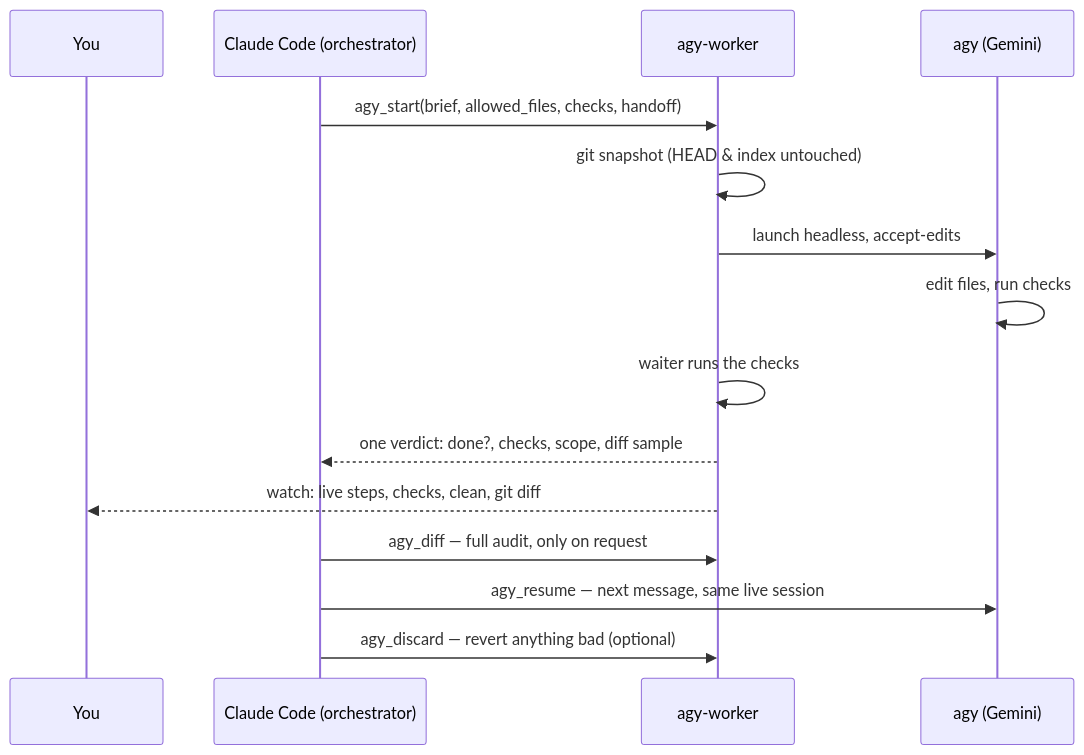
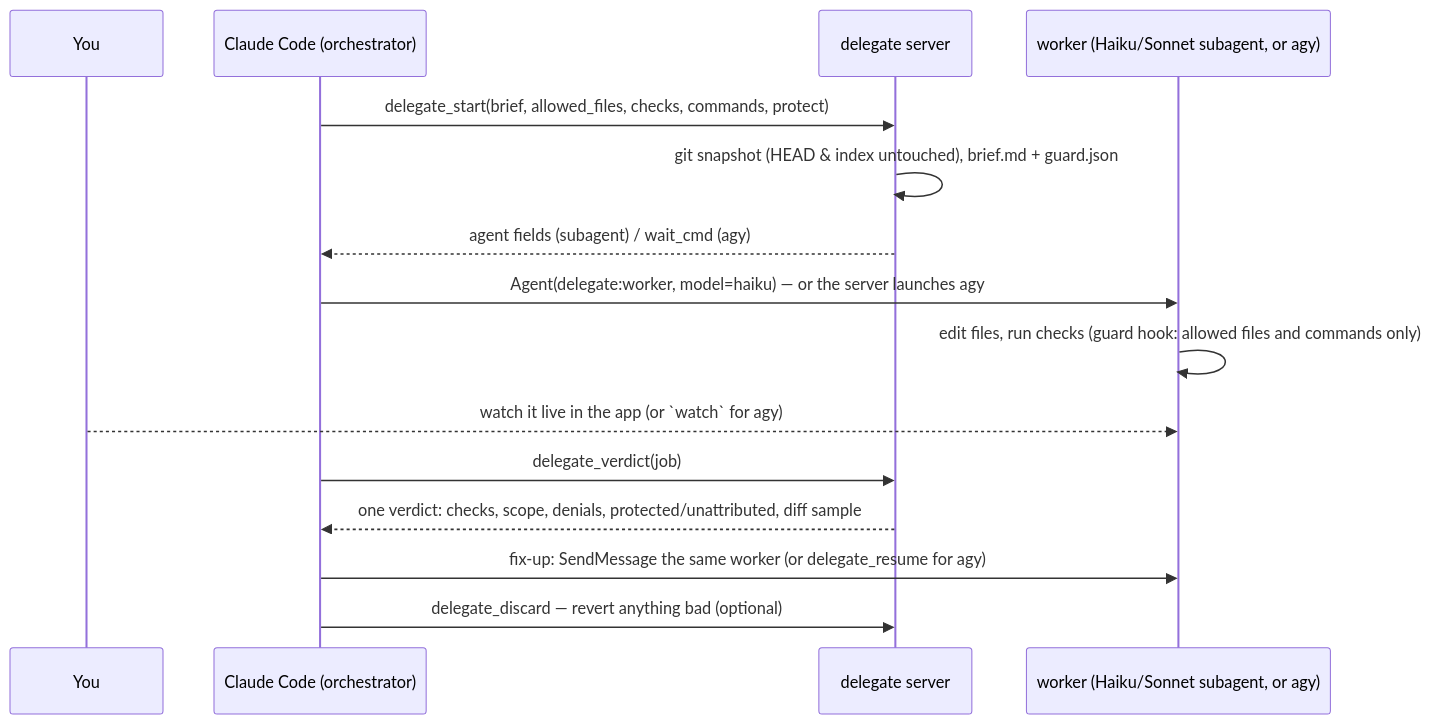
One commit to Pranavraut033/claude-code-agy-worker changed the diagram in README.md. Above: the diagram before and after it, drawn with Mermaid. The commit also changed other lines of this file and 14 other files, not shown here.

First line of the commit message:
v0.6.0: rename to delegate; Claude Code subagent workers (Haiku/Sonnet) as the default backend

````diff
--- a/README.md
+++ b/README.md
@@ -21,17 +21,17 @@
 ```mermaid
 sequenceDiagram
     participant You
     participant Claude as Claude Code (orchestrator)
-    participant W as agy-worker
-    participant A as agy (Gemini)
-    Claude->>W: agy_start(brief, allowed_files, checks, handoff)
-    W->>W: git snapshot (HEAD & index untouched)
-    W->>A: launch headless, accept-edits
-    A->>A: edit files, run checks
-    W->>W: waiter runs the checks
-    W-->>Claude: one verdict: done?, checks, scope, diff sample
-    W-->>You: watch: live steps, checks, clean, git diff
-    Claude->>W: agy_diff — full audit, only on request
-    Claude->>A: agy_resume — next message, same live session
-    Claude->>W: agy_discard — revert anything bad (optional)
+    participant S as delegate server
+    participant W as worker (Haiku/Sonnet subagent, or agy)
+    Claude->>S: delegate_start(brief, allowed_files, checks, commands, protect)
+    S->>S: git snapshot (HEAD & index untouched), brief.md + guard.json
+    S-->>Claude: agent fields (subagent) / wait_cmd (agy)
+    Claude->>W: Agent(delegate:worker, model=haiku) — or the server launches agy
+    W->>W: edit files, run checks (guard hook: allowed files and commands only)
+    You-->>W: watch it live in the app (or `watch` for agy)
+    Claude->>S: delegate_verdict(job)
+    S-->>Claude: one verdict: checks, scope, denials, protected/unattributed, diff sample
+    Claude->>W: fix-up: SendMessage the same worker (or delegate_resume for agy)
+    Claude->>S: delegate_discard — revert anything bad (optional)
 ```
````
